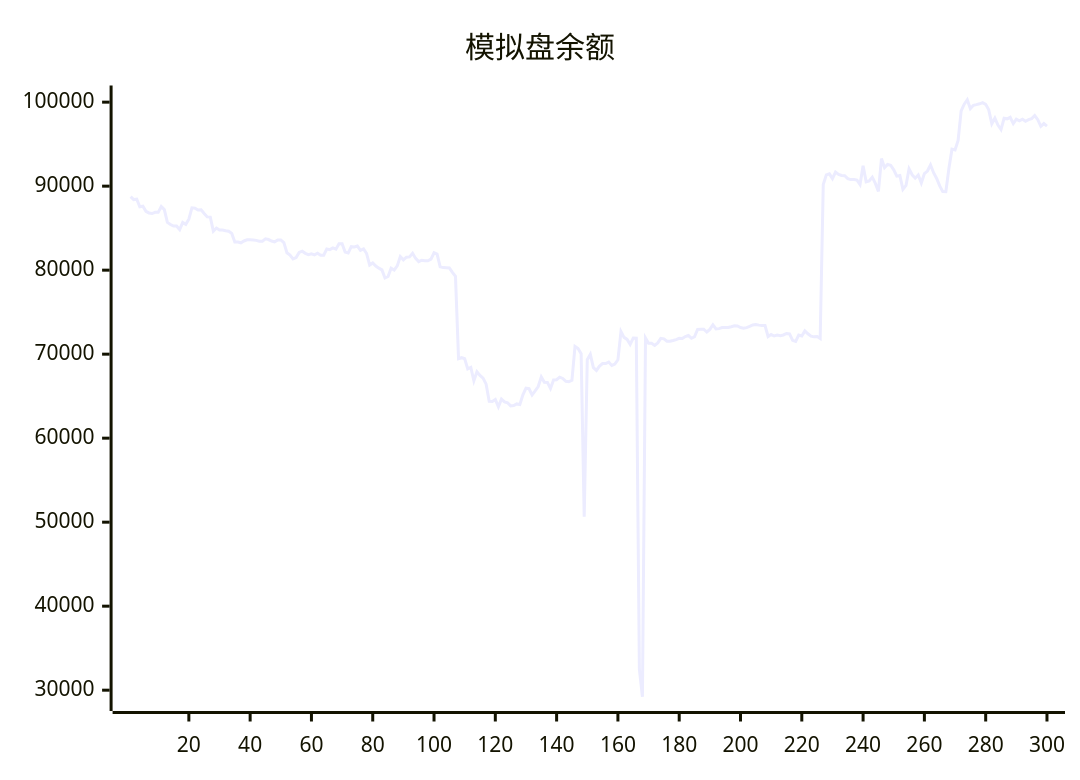
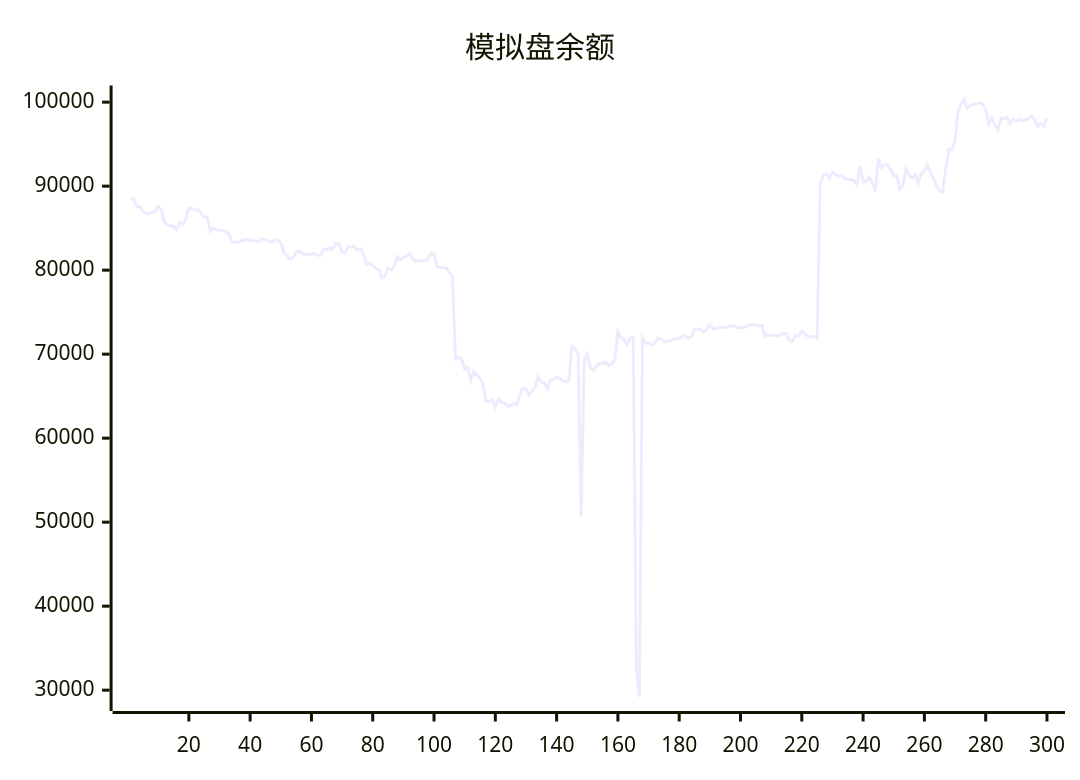
One commit to aahl/ai-trading changed the diagram in README.md. Above: the diagram before and after it, drawn with Mermaid. The commit also changed other lines of this file and 1 other file, not shown here.

````diff
--- a/README.md
+++ b/README.md
@@ -5,5 +5,5 @@
 ```mermaid
 xychart
     title "模拟盘余额"
-    line [88755,88401,88444,87543,87608,87000,86810,86740,86894,86884,87576,87209,85686,85435,85251,85255,84820,85689,85453,86066,87420,87373,87161,87178,86740,86341,86315,84643,85012,84772,84768,84690,84635,84376,83360,83357,83259,83474,83608,83606,83602,83548,83440,83454,83724,83644,83464,83365,83590,83592,83275,82072,81806,81344,81492,82109,82254,82006,81848,81955,81829,82022,81769,81776,82522,82441,82656,82498,83144,83144,82150,82038,82797,82763,82872,82367,82536,81981,80612,80862,80484,80242,80034,79063,79245,80226,80016,80507,81625,81233,81544,81578,82016,81401,81019,81186,81130,81118,81306,82066,81909,80392,80304,80291,80258,79729,79261,69466,69579,69456,68251,68415,66832,67911,67462,67144,66432,64380,64375,64606,63740,64647,64324,64216,63842,63877,64078,64008,65156,65945,65888,65157,65625,66144,67284,66653,66639,65924,66925,66956,67263,67108,66766,66729,66886,70927,70673,70049,50652,69334,69973,68400,68061,68578,68876,68879,69055,68662,68822,69329,72687,71999,71760,71162,71911,71896,32500,29218,71927,71297,71305,71044,71337,71883,71822,71536,71536,71622,71723,71880,71860,72100,72216,71887,72077,72940,72976,72966,72638,72948,73497,73004,73041,73173,73160,73186,73258,73375,73351,73173,73098,73161,73305,73474,73536,73457,73413,73412,72100,72333,72164,72272,72204,72285,72461,72421,71652,71521,72267,72157,72774,72424,72144,72060,72091,71858,90185,91338,91466,90900,91678,91404,91268,91244,90903,90779,90787,90721,90187,92429,90518,90619,91070,90328,89376,93286,92202,92581,92485,91947,91196,91259,89619,90086,92063,91355,90950,91327,90373,91498,91800,92531,91603,90910,90031,89351,89334,92097,94406,94315,95455,98972,99763,100286,99229,99622,99701,99805,99938,99738,99082,97430,98094,97267,96741,98081,98013,98194,97447,97983,97789,97969,97729,97911,98043,98405,97912,97120,97448,97154]
+    line [88401,88444,87543,87608,87000,86810,86740,86894,86884,87576,87209,85686,85435,85251,85255,84820,85689,85453,86066,87420,87373,87161,87178,86740,86341,86315,84643,85012,84772,84768,84690,84635,84376,83360,83357,83259,83474,83608,83606,83602,83548,83440,83454,83724,83644,83464,83365,83590,83592,83275,82072,81806,81344,81492,82109,82254,82006,81848,81955,81829,82022,81769,81776,82522,82441,82656,82498,83144,83144,82150,82038,82797,82763,82872,82367,82536,81981,80612,80862,80484,80242,80034,79063,79245,80226,80016,80507,81625,81233,81544,81578,82016,81401,81019,81186,81130,81118,81306,82066,81909,80392,80304,80291,80258,79729,79261,69466,69579,69456,68251,68415,66832,67911,67462,67144,66432,64380,64375,64606,63740,64647,64324,64216,63842,63877,64078,64008,65156,65945,65888,65157,65625,66144,67284,66653,66639,65924,66925,66956,67263,67108,66766,66729,66886,70927,70673,70049,50652,69334,69973,68400,68061,68578,68876,68879,69055,68662,68822,69329,72687,71999,71760,71162,71911,71896,32500,29218,71927,71297,71305,71044,71337,71883,71822,71536,71536,71622,71723,71880,71860,72100,72216,71887,72077,72940,72976,72966,72638,72948,73497,73004,73041,73173,73160,73186,73258,73375,73351,73173,73098,73161,73305,73474,73536,73457,73413,73412,72100,72333,72164,72272,72204,72285,72461,72421,71652,71521,72267,72157,72774,72424,72144,72060,72091,71858,90185,91338,91466,90900,91678,91404,91268,91244,90903,90779,90787,90721,90187,92429,90518,90619,91070,90328,89376,93286,92202,92581,92485,91947,91196,91259,89619,90086,92063,91355,90950,91327,90373,91498,91800,92531,91603,90910,90031,89351,89334,92097,94406,94315,95455,98972,99763,100286,99229,99622,99701,99805,99938,99738,99082,97430,98094,97267,96741,98081,98013,98194,97447,97983,97789,97969,97729,97911,98043,98405,97912,97120,97448,97154,98095]
 ```
````
